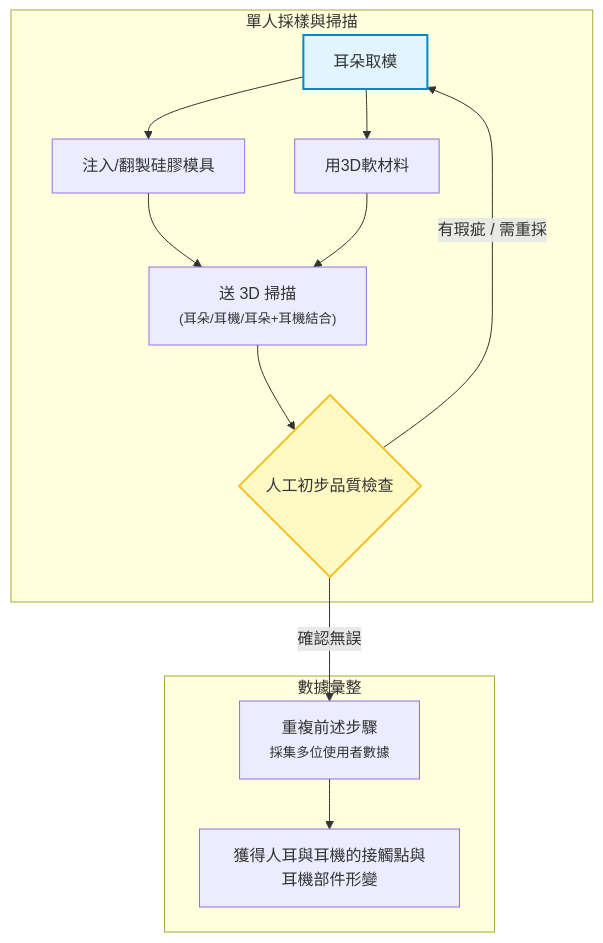
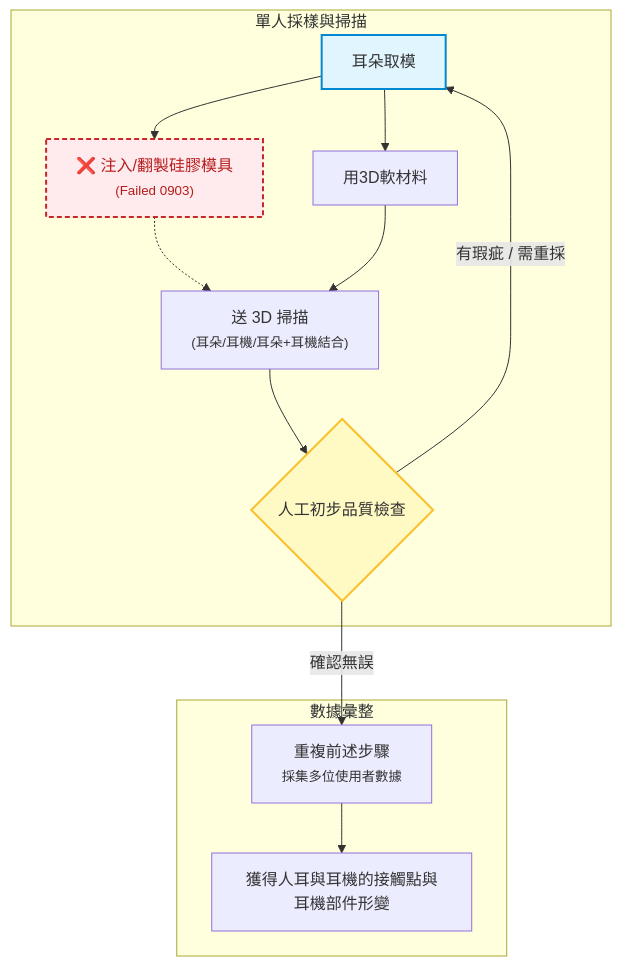
The second of 2 diagrams in ear_mold_process_flow.md (showmin/ear_3d_model_survey), drawn with Mermaid before and after one commit. The commit also changed other lines of this file, not shown here.

First line of the commit message:
Sync EN action items with ZH, add notes, mark B1 as failed

````diff
--- a/ear_mold_process_flow.md
+++ b/ear_mold_process_flow.md
@@ -62,42 +61,43 @@
 ```mermaid
 
 flowchart TD
 
     subgraph DataCollection [單人採樣與掃描]
 
-        A[耳朵取模] --> B1[注入/翻製硅膠模具]
+        A[耳朵取模] --> B1["❌ 注入/翻製硅膠模具<br/><small>(Failed 0903)</small>"]
 
         A --> B2[用3D軟材料]
 
-        B1 --> C[送 3D 掃描]
+        B1 -.-> C[送 3D 掃描]
 
         B2 --> C["送 3D 掃描<br/><small>(耳朵/耳機/耳朵+耳機結合)</small>"]
 
         C --> D{人工初步品質檢查}
 
     end
 
 
 
     D -- "有瑕疵 / 需重採" --> A
 
     D -- "確認無誤" --> E[重複前述步驟<br/><small>採集多位使用者數據</small>]
 
 
 
     subgraph AnalysisAndProduction [數據彙整]
 
         E --> F[獲得人耳與耳機的接觸點與耳機部件形變]
 
     end
 
 
 
     %% 樣式調整
 
     style A fill:#e1f5fe,stroke:#0288d1,stroke-width:2px
 
     style D fill:#fff9c4,stroke:#fbc02d,stroke-width:2px
+    style B1 fill:#ffebee,stroke:#c62828,stroke-width:2px,stroke-dasharray: 5 3,color:#b71c1c
 
 
 ```
````
